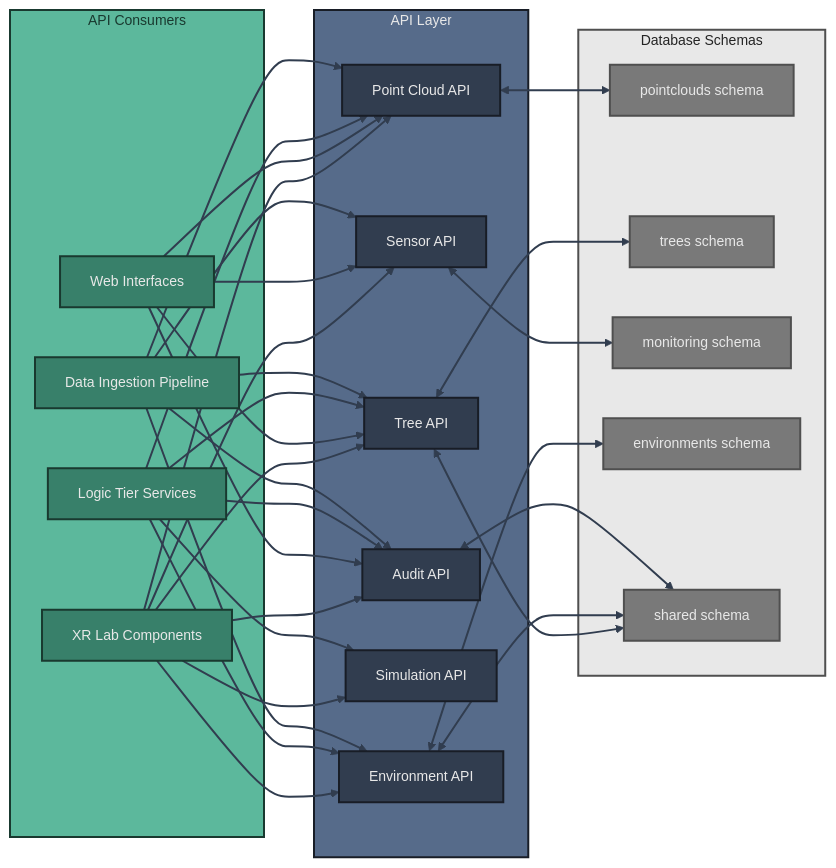
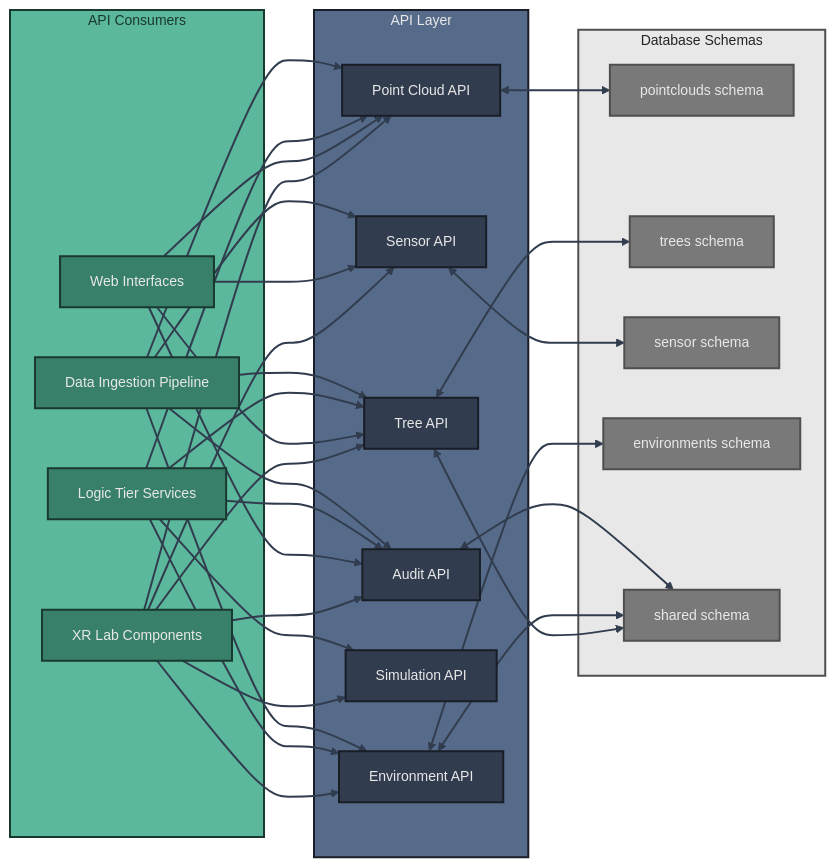
Before and after one commit to XRFutureForests/digital-twin-db: the diagram in docs/architecture/api.md, drawn with Mermaid. The commit also changed other lines of this file and 5 other files, not shown here.

```diff
--- a/docs/architecture/api.md
+++ b/docs/architecture/api.md
@@ -28,7 +28,7 @@
 subgraph SCHEMAS["Database Schemas"]
 SC1[pointclouds schema]
 SC2[trees schema]
-SC3[monitoring schema]
+SC3[sensor schema]
 SC4[environments schema]
 SC5[shared schema]
 end
```
